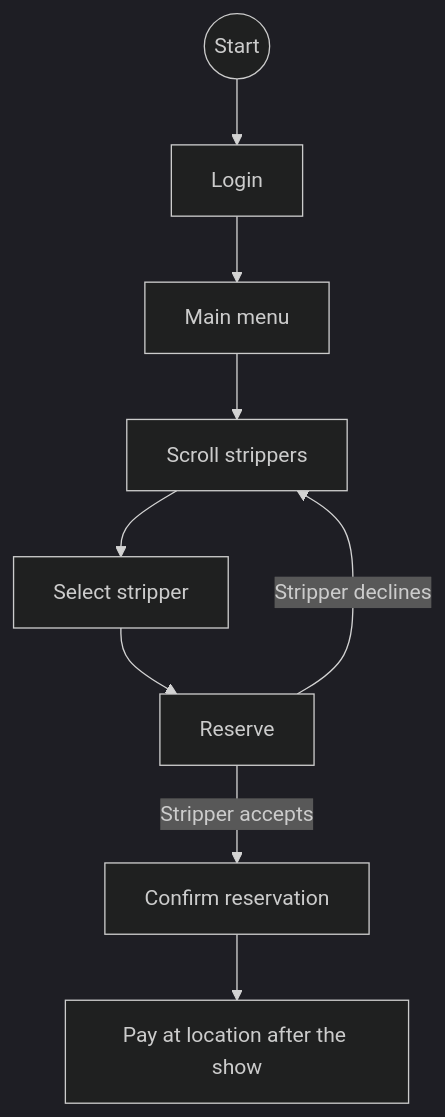
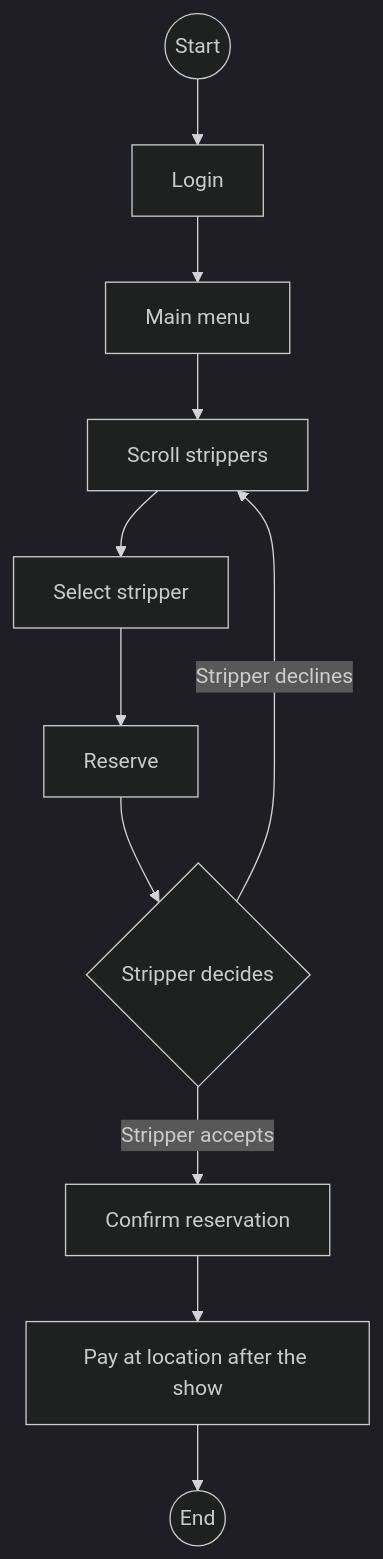
One commit to GlycerolVeinz/sinSemestralWork changed the second of 3 diagrams in business/business.md. Above: the diagram before and after it, drawn with Mermaid (dark theme). The commit also changed other lines of this file, not shown here.

Commit message:
made all simple club management process diagram

````diff
--- a/business/business.md
+++ b/business/business.md
@@ -173,11 +174,13 @@
 ```mermaid
 flowchart TD
-    start((Start)) --> a[Login]
-    a --> b[Main menu]
-    b --> c[Scroll strippers]
-    c --> d[Select stripper]
-    d --> e[Reserve]
-    e -->|Stripper declines| c
-    e -->|Stripper accepts| f[Confirm reservation]
-    f --> g[Pay at location after the show]
+    start((Start)) --> login[Login]
+    login --> mainMenu[Main menu]
+    mainMenu --> tinder[Scroll strippers]
+    tinder --> select[Select stripper]
+    select --> reserve[Reserve]
+    reserve --> decision{Stripper decides}
+    decision -->|Stripper declines| tinder
+    decision -->|Stripper accepts| confirm[Confirm reservation]
+    confirm --> pay[Pay at location after the show]
+    pay --> END((End))
 ```
````
